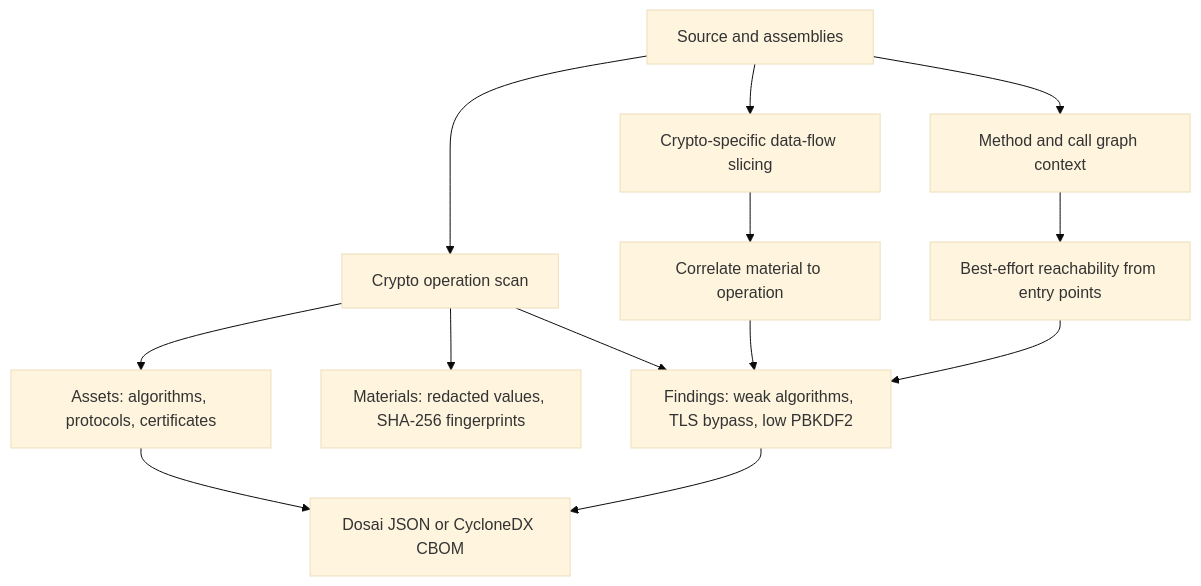
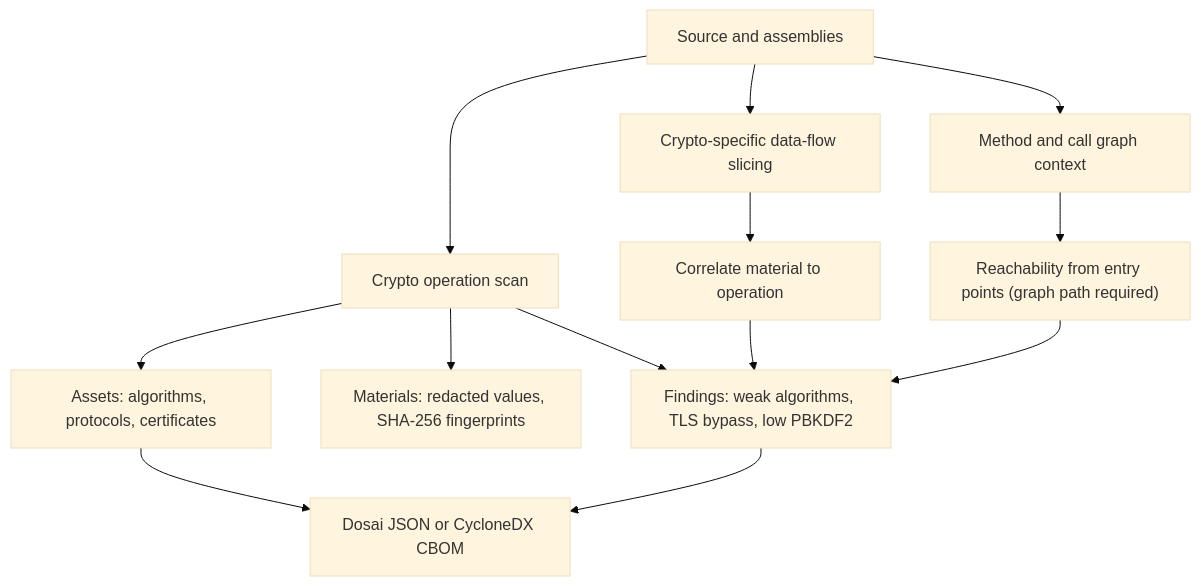
The fifth of 5 diagrams in docs/ARCHITECTURE.md (owasp-dep-scan/dosai), drawn with Mermaid (base theme) before and after one commit. The commit also changed other lines of this file and 74 other files, not shown here.

Commit message:
Update docs, lessons, and code comments for schema 4.1.0 feature set (#50)

````diff
--- a/docs/ARCHITECTURE.md
+++ b/docs/ARCHITECTURE.md
@@ -198,15 +210,15 @@
 ```mermaid
 flowchart TD
     Code["Source and assemblies"] --> Scan["Crypto operation scan"]
     Code --> Inventory["Method and call graph context"]
     Scan --> Assets["Assets: algorithms, protocols, certificates"]
     Scan --> Materials["Materials: redacted values, SHA-256 fingerprints"]
     Scan --> Findings["Findings: weak algorithms, TLS bypass, low PBKDF2"]
-    Inventory --> Reach["Best-effort reachability from entry points"]
+    Inventory --> Reach["Reachability from entry points (graph path required)"]
     Code --> Slice["Crypto-specific data-flow slicing"]
     Slice --> Correlate["Correlate material to operation"]
     Correlate --> Findings
     Reach --> Findings
     Assets --> Export["Dosai JSON or CycloneDX CBOM"]
     Findings --> Export
 ```
````
